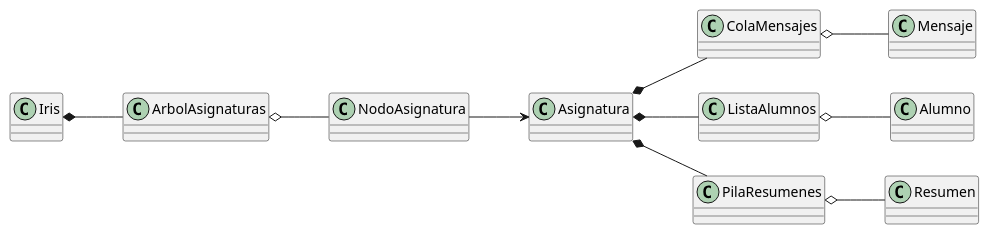
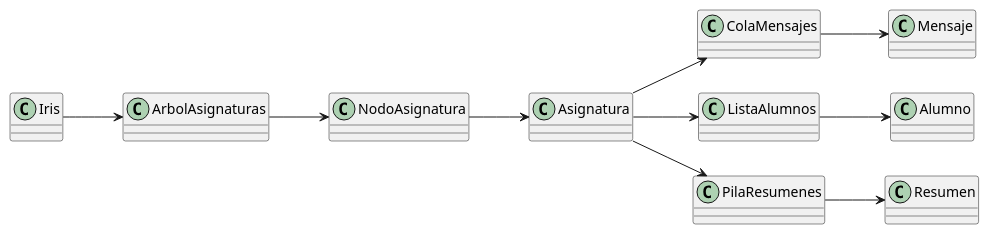
The diagram in entregas/orejaPaula/documentosUML/uml_iris.puml (mmasias/25-26-EDA1), drawn with PlantUML before and after one commit. The commit also changed other lines of this file and 1 other file, not shown here.

Commit message:
UML E IMAGEN CORRECTOS

```diff
--- a/entregas/orejaPaula/documentosUML/uml_iris.puml
+++ b/entregas/orejaPaula/documentosUML/uml_iris.puml
@@ -1,29 +1,28 @@
 @startuml
 left to right direction
-skinparam classAttributeIconSize 0
 
 class Iris
 class ArbolAsignaturas
 class NodoAsignatura
 class Asignatura
 class ColaMensajes
 class ListaAlumnos
 class PilaResumenes
 class Mensaje
 class Alumno
 class Resumen
 
-Iris *-- ArbolAsignaturas
+Iris --> ArbolAsignaturas
 
-ArbolAsignaturas o-- NodoAsignatura
+ArbolAsignaturas --> NodoAsignatura
 NodoAsignatura --> Asignatura
 
-Asignatura *-- ColaMensajes
-ColaMensajes o-- Mensaje
+Asignatura --> ColaMensajes
+ColaMensajes --> Mensaje
 
-Asignatura *-- ListaAlumnos
-ListaAlumnos o-- Alumno
+Asignatura --> ListaAlumnos
+ListaAlumnos --> Alumno
 
-Asignatura *-- PilaResumenes
-PilaResumenes o-- Resumen
+Asignatura --> PilaResumenes
+PilaResumenes --> Resumen
 @enduml
```
